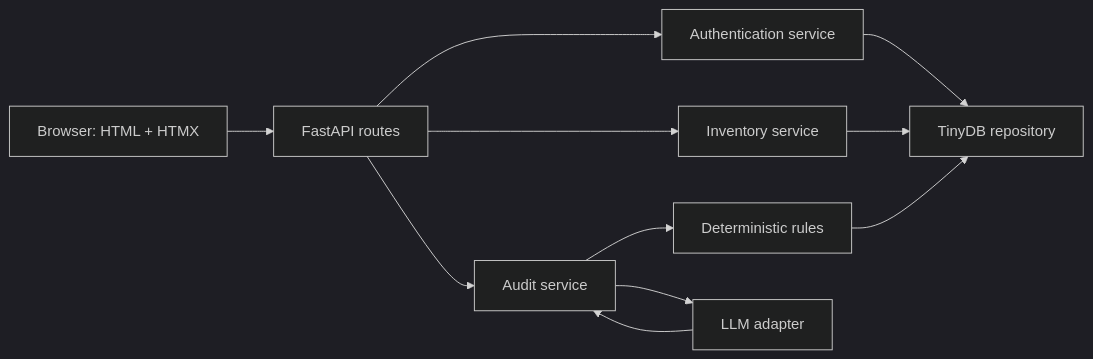
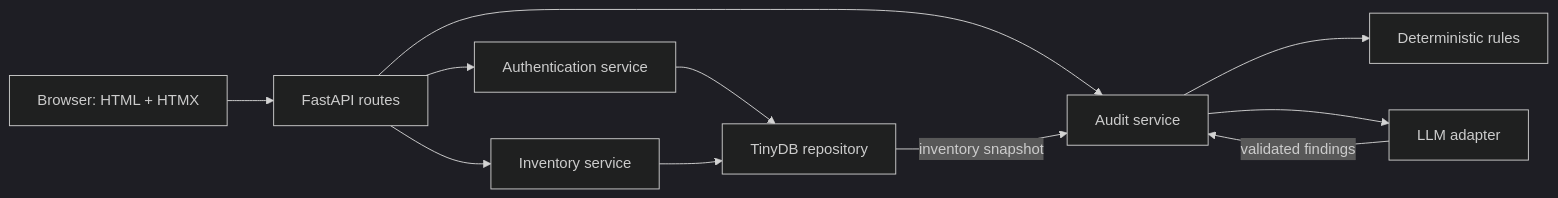
Before and after one commit to komaksym/booksy-assignment: the diagram in docs/superpowers/specs/2026-07-22-hardware-hub-design.md, drawn with Mermaid (dark theme). The commit also changed other lines of this file and 2 other files, not shown here.

First line of the commit message:
docs(roadmap): define five-slice delivery plan

````diff
--- a/docs/superpowers/specs/2026-07-22-hardware-hub-design.md
+++ b/docs/superpowers/specs/2026-07-22-hardware-hub-design.md
@@ -35,13 +35,13 @@
 ```mermaid
 flowchart LR
     Browser["Browser: HTML + HTMX"] --> Web["FastAPI routes"]
     Web --> Auth["Authentication service"]
     Web --> Inventory["Inventory service"]
     Web --> Audit["Audit service"]
     Auth --> Store["TinyDB repository"]
     Inventory --> Store
+    Store -->|"inventory snapshot"| Audit
     Audit --> Rules["Deterministic rules"]
     Audit --> LLM["LLM adapter"]
-    Rules --> Store
-    LLM --> Audit
+    LLM -->|"validated findings"| Audit
 ```
````
